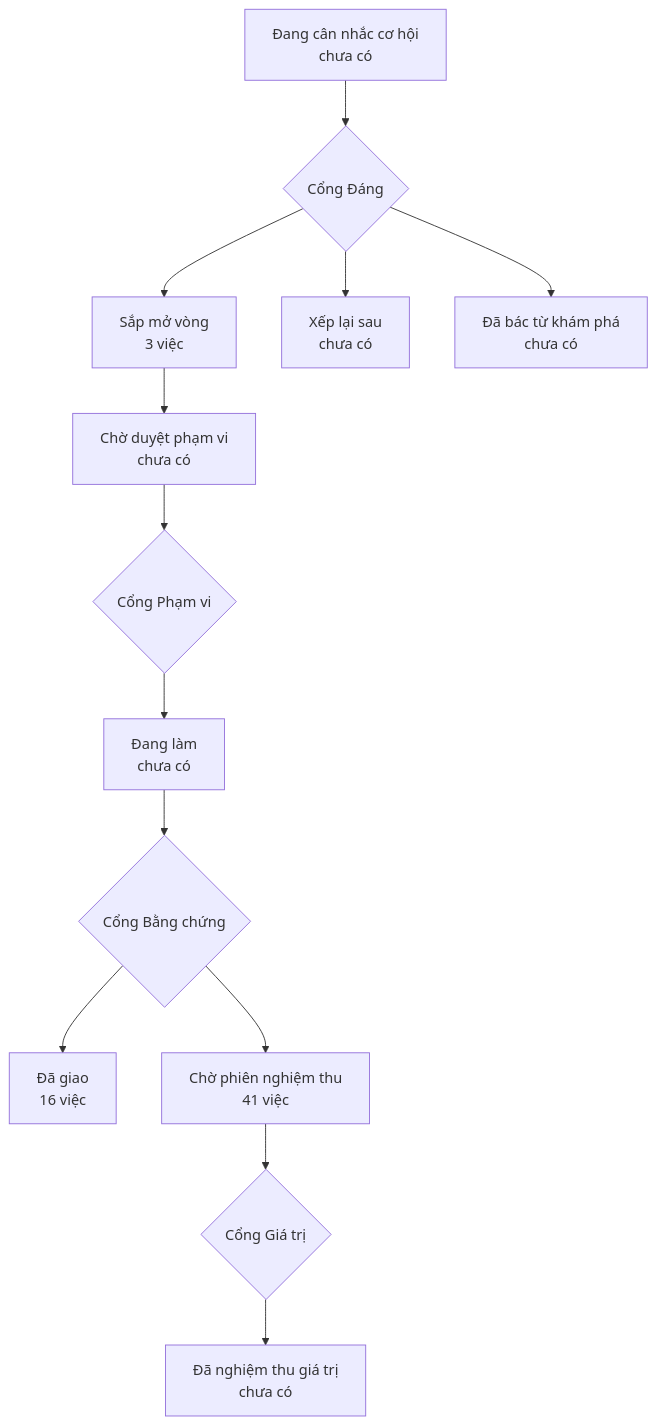
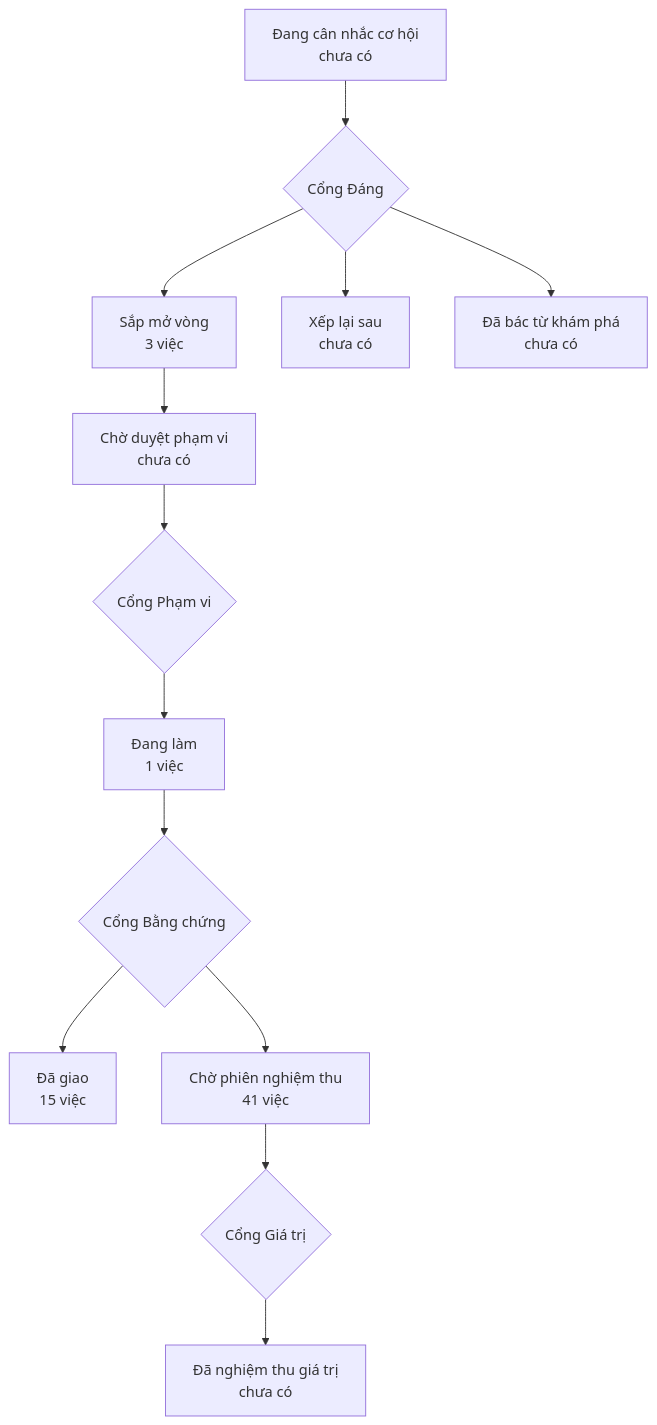
One commit to phanlemanh/onehub-quy-hang changed the diagram in PRODUCT-MAP.md. Above: the diagram before and after it, drawn with Mermaid. The commit also changed other lines of this file and 3 other files, not shown here.

````diff
--- a/PRODUCT-MAP.md
+++ b/PRODUCT-MAP.md
@@ -7,12 +7,12 @@
 ```mermaid
 flowchart TD
   A["Đang cân nhắc cơ hội<br/>chưa có"] --> GD{"Cổng Đáng"}
   GD --> B["Sắp mở vòng<br/>3 việc"]
   GD --> XL["Xếp lại sau<br/>chưa có"]
   GD --> DB["Đã bác từ khám phá<br/>chưa có"]
   B --> CD["Chờ duyệt phạm vi<br/>chưa có"] --> GP{"Cổng Phạm vi"}
-  GP --> DL["Đang làm<br/>chưa có"] --> GB{"Cổng Bằng chứng"}
-  GB --> DG["Đã giao<br/>16 việc"]
+  GP --> DL["Đang làm<br/>1 việc"] --> GB{"Cổng Bằng chứng"}
+  GB --> DG["Đã giao<br/>15 việc"]
   GB --> CN["Chờ phiên nghiệm thu<br/>41 việc"] --> GG{"Cổng Giá trị"}
   GG --> NT["Đã nghiệm thu giá trị<br/>chưa có"]
 ```
````
